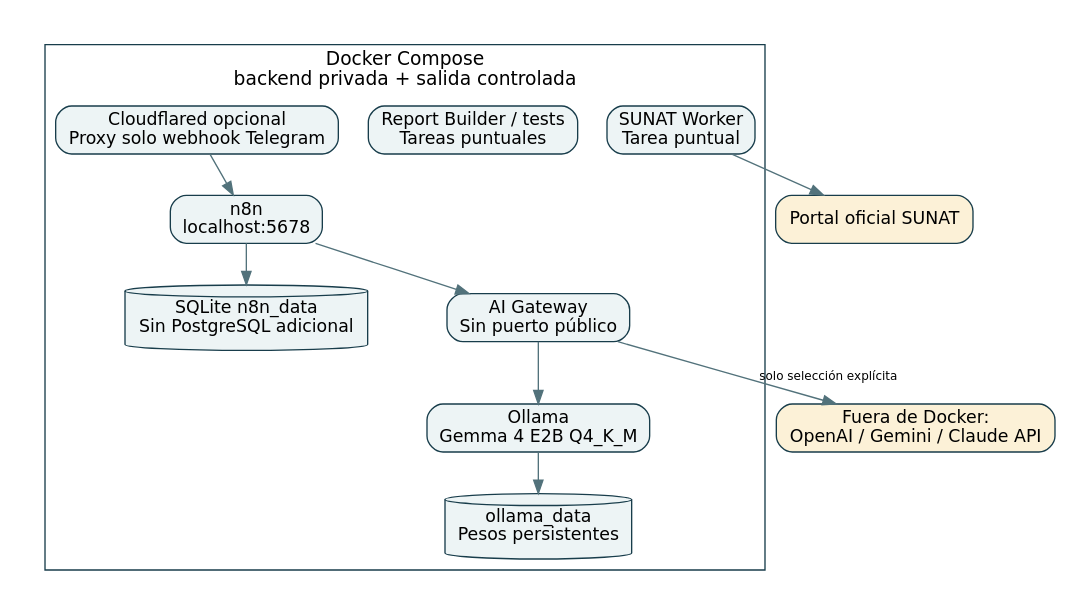
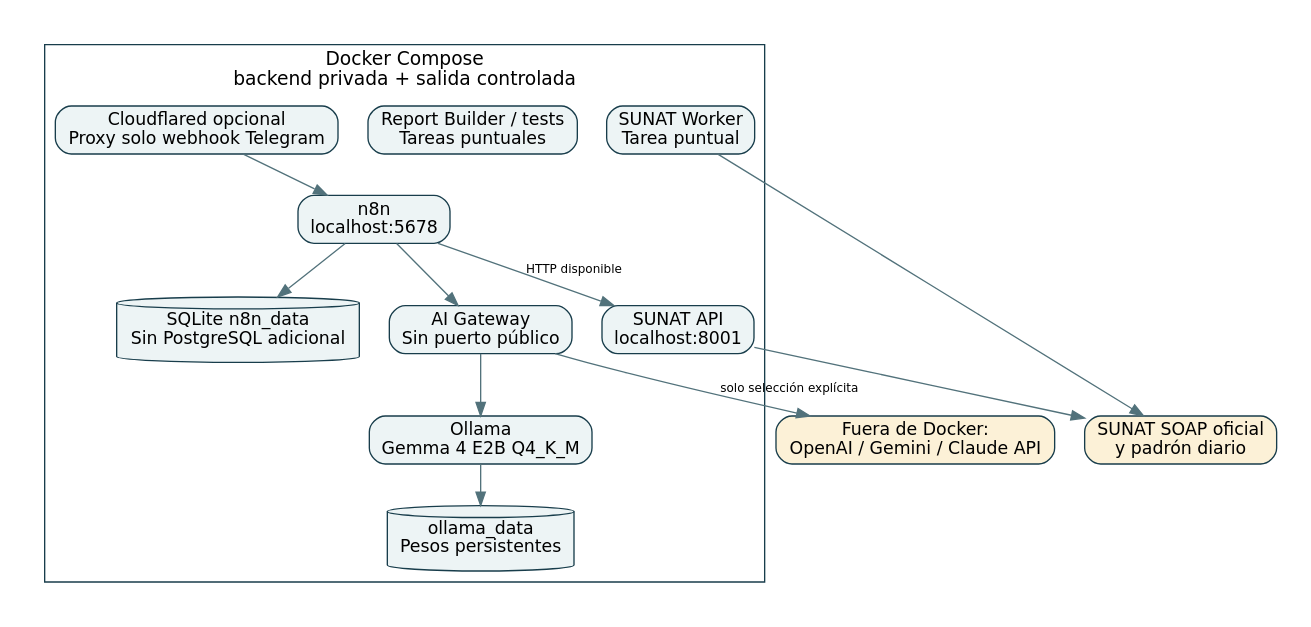
Before and after one commit to Grabiel-z/integrador-3: the diagram in diagramas/docker.dot, drawn with Graphviz. The commit also changed 104 other files, not shown here.

Commit message:
fix: consultar SUNAT por API oficial sin intervención humana

```diff
--- a/diagramas/docker.dot
+++ b/diagramas/docker.dot
@@ -1,21 +1,24 @@
 digraph DOCKER {
   graph [rankdir=TB,bgcolor="white",pad="0.25",nodesep="0.3",ranksep="0.4"];
   node [shape=box,style="rounded,filled",fillcolor="#EDF4F5",color="#183D4B",fontname="DejaVu Sans",fontsize=13];
   edge [color="#52727B",fontname="DejaVu Sans",fontsize=9];
   subgraph cluster_compose {
     label="Docker Compose\nbackend privada + salida controlada";color="#183D4B";fontname="DejaVu Sans";
     n8n [label="n8n\nlocalhost:5678"];
     db [shape=cylinder,label="SQLite n8n_data\nSin PostgreSQL adicional"];
     ai [label="AI Gateway\nSin puerto público"];
     ollama [label="Ollama\nGemma 4 E2B Q4_K_M"];
     pesos [shape=cylinder,label="ollama_data\nPesos persistentes"];
     sunat [label="SUNAT Worker\nTarea puntual"];
+    sunatapi [label="SUNAT API\nlocalhost:8001"];
     report [label="Report Builder / tests\nTareas puntuales"];
     tunnel [label="Cloudflared opcional\nProxy solo webhook Telegram"];
     n8n -> ai -> ollama -> pesos; n8n -> db; tunnel -> n8n;
   }
   proveedores [label="Fuera de Docker:\nOpenAI / Gemini / Claude API",fillcolor="#FCF1D7"];
-  portal [label="Portal oficial SUNAT",fillcolor="#FCF1D7"];
+  portal [label="SUNAT SOAP oficial\ny padrón diario",fillcolor="#FCF1D7"];
   ai -> proveedores [label="solo selección explícita"];
   sunat -> portal;
+  sunatapi -> portal;
+  n8n -> sunatapi [label="HTTP disponible"];
 }
```
